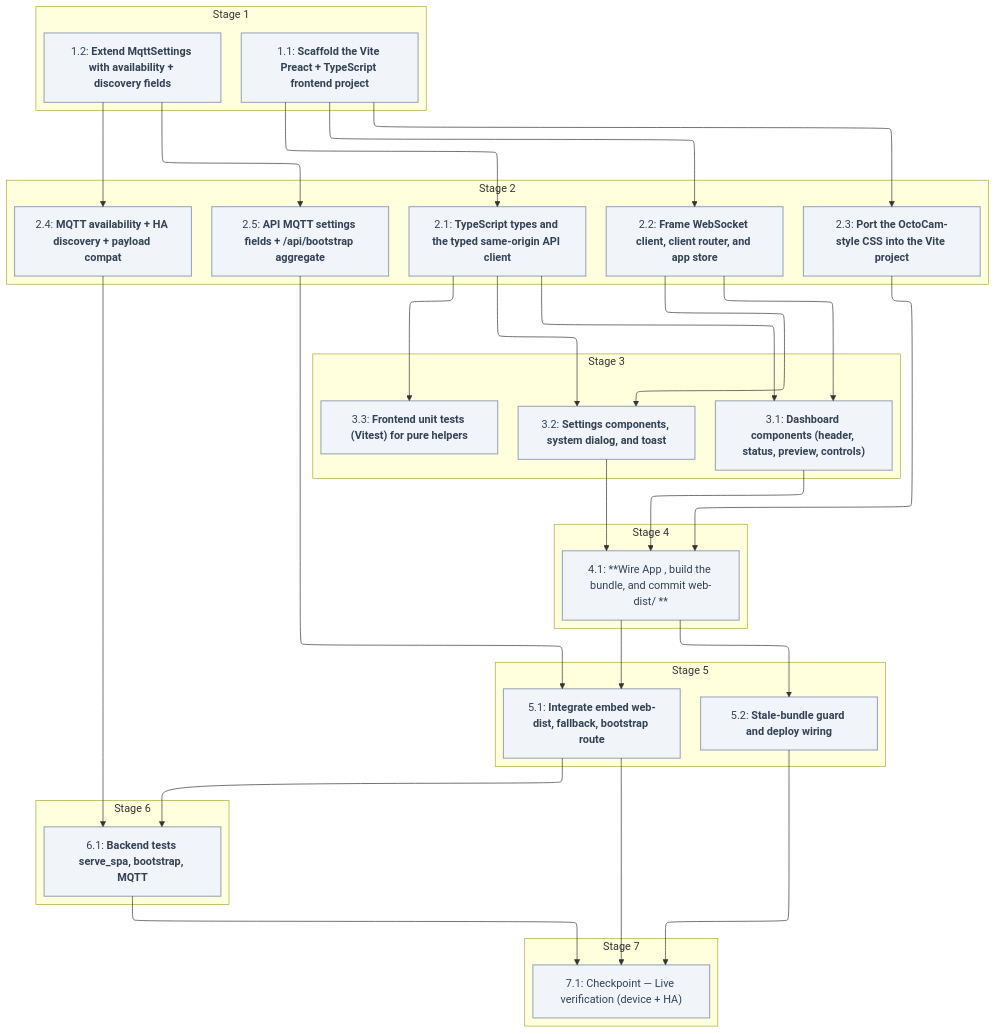
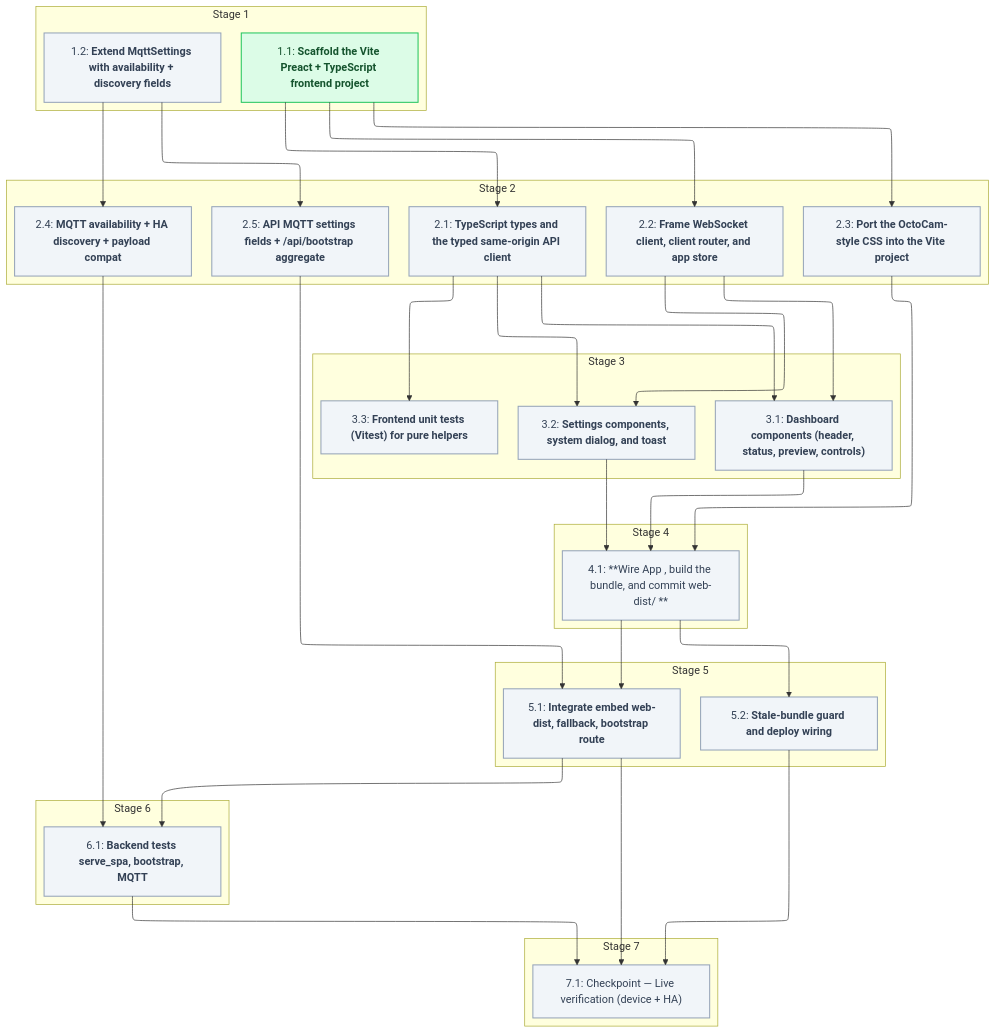
Before and after one commit to sohampatwardhan/MoodLightPi: the diagram in .specs/preact-frontend/04_tasks.md, drawn with Mermaid. The commit also changed other lines of this file and 23 other files, not shown here.

````diff
--- a/.specs/preact-frontend/04_tasks.md
+++ b/.specs/preact-frontend/04_tasks.md
@@ -14,70 +9,71 @@
 ```mermaid
 %%{init: {'flowchart': {'defaultRenderer': 'elk'}}}%%
 flowchart TD
+  classDef done fill:#dcfce7,stroke:#22c55e,stroke-width:1.5px,color:#14532d
   classDef pending fill:#f1f5f9,stroke:#94a3b8,stroke-width:1.5px,color:#334155
   subgraph n_stage_1["Stage 1"]
     n_1_1@{ shape: rect, label: "1.1: **Scaffold the Vite Preact + TypeScript frontend project**" }
     n_1_2@{ shape: rect, label: "1.2: **Extend MqttSettings with availability + discovery fields**" }
   end
   subgraph n_stage_2["Stage 2"]
     n_2_1@{ shape: rect, label: "2.1: **TypeScript types and the typed same-origin API client**" }
     n_2_2@{ shape: rect, label: "2.2: **Frame WebSocket client, client router, and app store**" }
     n_2_3@{ shape: rect, label: "2.3: **Port the OctoCam-style CSS into the Vite project**" }
     n_2_4@{ shape: rect, label: "2.4: **MQTT availability + HA discovery + payload compat**" }
     n_2_5@{ shape: rect, label: "2.5: **API MQTT settings fields + /api/bootstrap aggregate**" }
   end
   subgraph n_stage_3["Stage 3"]
     n_3_1@{ shape: rect, label: "3.1: **Dashboard components (header, status, preview, controls)**" }
     n_3_2@{ shape: rect, label: "3.2: **Settings components, system dialog, and toast**" }
     n_3_3@{ shape: rect, label: "3.3: **Frontend unit tests (Vitest) for pure helpers**" }
   end
   subgraph n_stage_4["Stage 4"]
     n_4_1@{ shape: rect, label: "4.1: **Wire App , build the bundle, and commit web-dist/ **" }
   end
   subgraph n_stage_5["Stage 5"]
     n_5_1@{ shape: rect, label: "5.1: **Integrate embed web-dist, fallback, bootstrap route**" }
     n_5_2@{ shape: rect, label: "5.2: **Stale-bundle guard and deploy wiring**" }
   end
   subgraph n_stage_6["Stage 6"]
     n_6_1@{ shape: rect, label: "6.1: **Backend tests serve_spa, bootstrap, MQTT**" }
   end
   subgraph n_stage_7["Stage 7"]
     n_7_1@{ shape: rect, label: "7.1: Checkpoint — Live verification (device + HA)" }
   end
   n_1_1 --> n_2_1
   n_1_1 --> n_2_2
   n_1_1 --> n_2_3
   n_1_2 --> n_2_4
   n_1_2 --> n_2_5
   n_2_1 --> n_3_1
   n_2_2 --> n_3_1
   n_2_1 --> n_3_2
   n_2_2 --> n_3_2
   n_2_1 --> n_3_3
   n_2_3 --> n_4_1
   n_3_1 --> n_4_1
   n_3_2 --> n_4_1
   n_4_1 --> n_5_1
   n_2_5 --> n_5_1
   n_4_1 --> n_5_2
   n_2_4 --> n_6_1
   n_5_1 --> n_6_1
   n_5_1 --> n_7_1
   n_5_2 --> n_7_1
   n_6_1 --> n_7_1
-  class n_1_1 pending
+  class n_1_1 done
   class n_1_2 pending
   class n_2_1 pending
   class n_2_2 pending
   class n_2_3 pending
   class n_2_4 pending
   class n_2_5 pending
   class n_3_1 pending
   class n_3_2 pending
   class n_3_3 pending
   class n_4_1 pending
   class n_5_1 pending
   class n_5_2 pending
   class n_6_1 pending
   class n_7_1 pending
 ```
````
